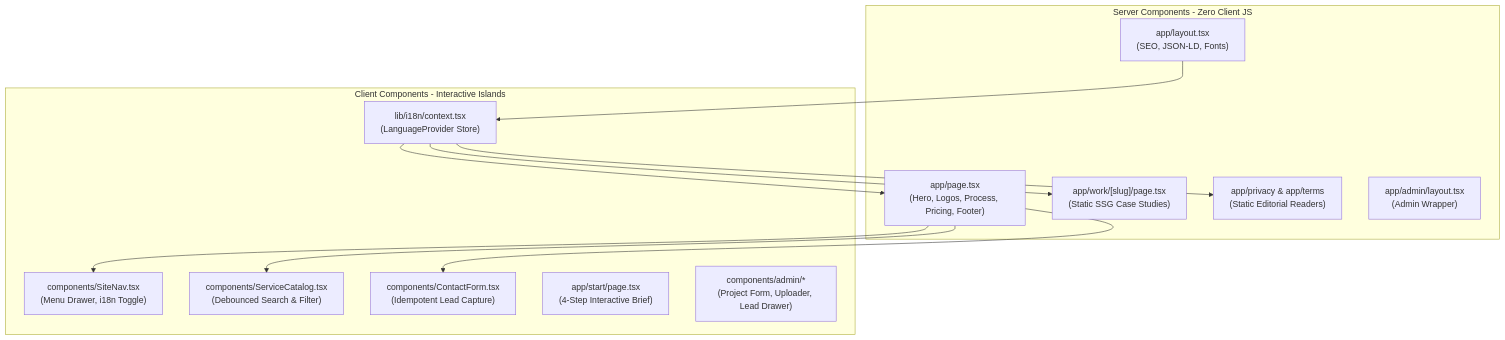
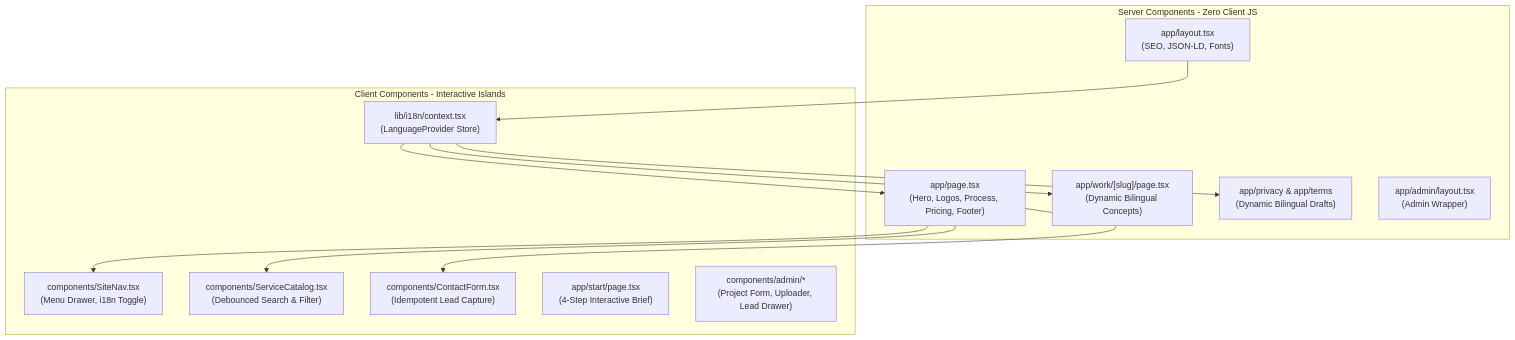
One commit to MasRizqi07/dibimbing-fwd changed the first of 4 diagrams in CODEBASE_OVERVIEW.md. Above: the diagram before and after it, drawn with Mermaid. The commit also changed other lines of this file and 68 other files, not shown here.

````diff
--- a/CODEBASE_OVERVIEW.md
+++ b/CODEBASE_OVERVIEW.md
@@ -46,27 +46,27 @@
 ```mermaid
 graph TD
     subgraph Server_Component_Boundary [Server Components - Zero Client JS]
         Layout["app/layout.tsx<br/>(SEO, JSON-LD, Fonts)"]
         Home["app/page.tsx<br/>(Hero, Logos, Process, Pricing, Footer)"]
-        CaseStudy["app/work/[slug]/page.tsx<br/>(Static SSG Case Studies)"]
-        Legal["app/privacy & app/terms<br/>(Static Editorial Readers)"]
+        CaseStudy["app/work/[slug]/page.tsx<br/>(Dynamic Bilingual Concepts)"]
+        Legal["app/privacy & app/terms<br/>(Dynamic Bilingual Drafts)"]
         AdminLayout["app/admin/layout.tsx<br/>(Admin Wrapper)"]
     end
 
     subgraph Client_Component_Boundary [Client Components - Interactive Islands]
         Provider["lib/i18n/context.tsx<br/>(LanguageProvider Store)"]
         Nav["components/SiteNav.tsx<br/>(Menu Drawer, i18n Toggle)"]
         Catalog["components/ServiceCatalog.tsx<br/>(Debounced Search & Filter)"]
         Contact["components/ContactForm.tsx<br/>(Idempotent Lead Capture)"]
         Wizard["app/start/page.tsx<br/>(4-Step Interactive Brief)"]
         AdminUI["components/admin/*<br/>(Project Form, Uploader, Lead Drawer)"]
     end
 
     Layout --> Provider
     Provider --> Home
     Provider --> CaseStudy
     Provider --> Legal
     Home --> Nav
     Home --> Catalog
     Home --> Contact
 ```
````
